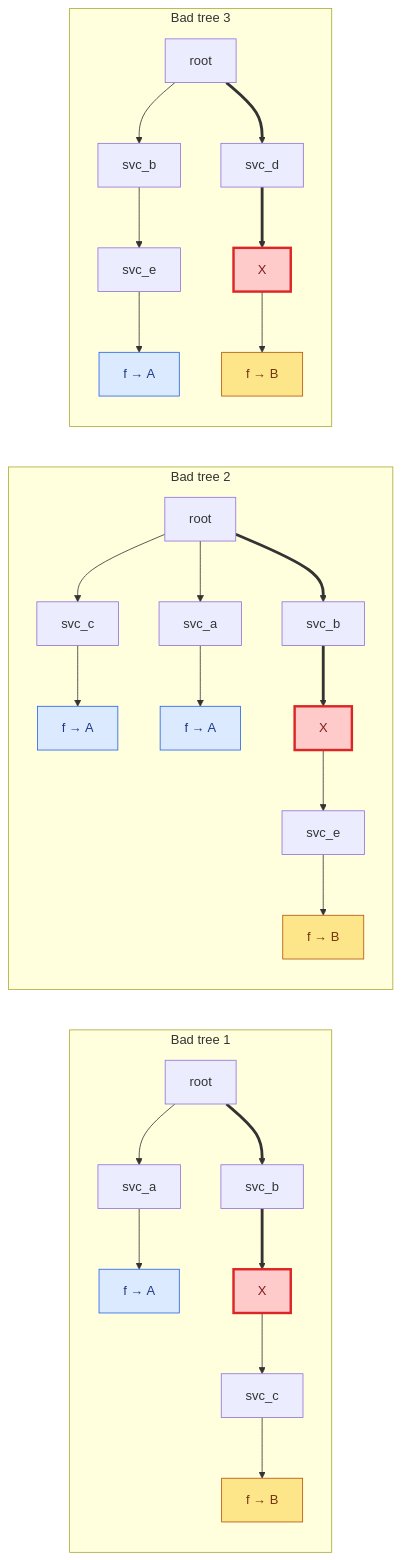
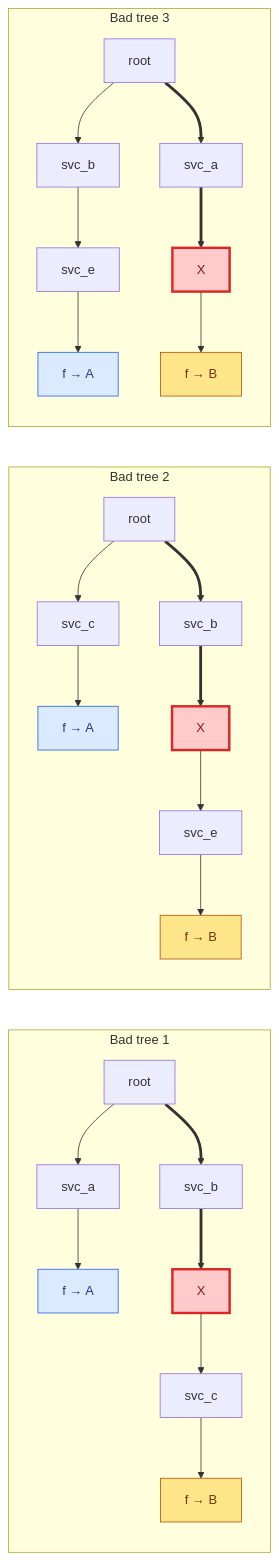
One commit to Quellan/FindingWhereToLook changed the diagram in README.md. Above: the diagram before and after it, drawn with Mermaid. The commit also changed other lines of this file, not shown here.

````diff
--- a/README.md
+++ b/README.md
@@ -75,25 +74,24 @@
 ```mermaid
 flowchart LR
   subgraph T1["Bad tree 1"]
     direction TB
     r1[root] --> a1[svc_a] --> fa1["f → A"]
     r1 ==> b1[svc_b] ==> x1[X] --> c1[svc_c] --> fb1["f → B"]
   end
   subgraph T2["Bad tree 2"]
     direction TB
     r2[root] --> c2[svc_c] --> fa2["f → A"]
-    r2 --> a2[svc_a] --> fa2b["f → A"]
     r2 ==> b2[svc_b] ==> x2[X] --> e2[svc_e] --> fb2["f → B"]
   end
   subgraph T3["Bad tree 3"]
     direction TB
     r3[root] --> b3[svc_b] --> e3[svc_e] --> fa3["f → A"]
-    r3 ==> d3[svc_d] ==> x3[X] --> fb3["f → B"]
+    r3 ==> a3[svc_a] ==> x3[X] --> fb3["f → B"]
   end
   classDef armA fill:#dbeafe,stroke:#2563eb,color:#1e3a8a
   classDef armB fill:#fde68a,stroke:#b45309,color:#78350f
   classDef culprit fill:#fecaca,stroke:#dc2626,stroke-width:3px,color:#7f1d1d
-  class fa1,fa2,fa2b,fa3 armA
+  class fa1,fa2,fa3 armA
   class fb1,fb2,fb3 armB
   class x1,x2,x3 culprit
 ```
````
